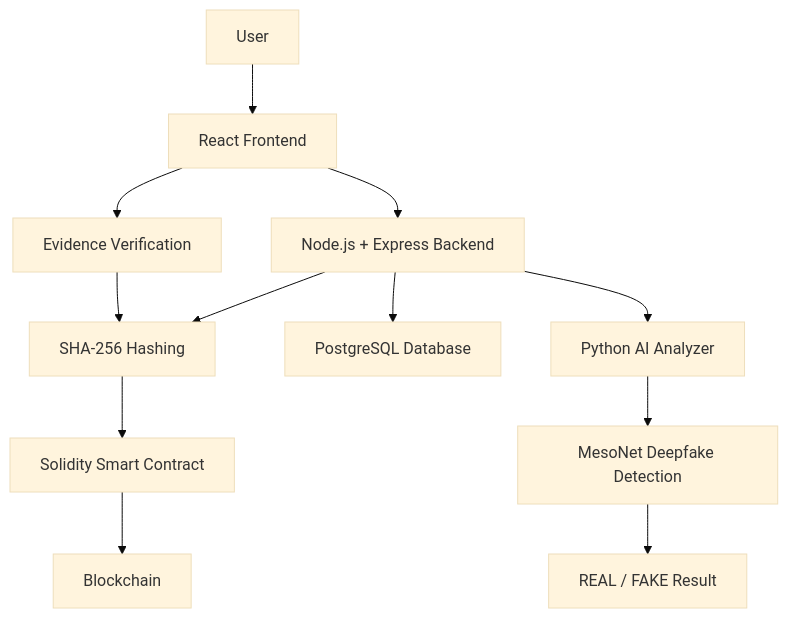
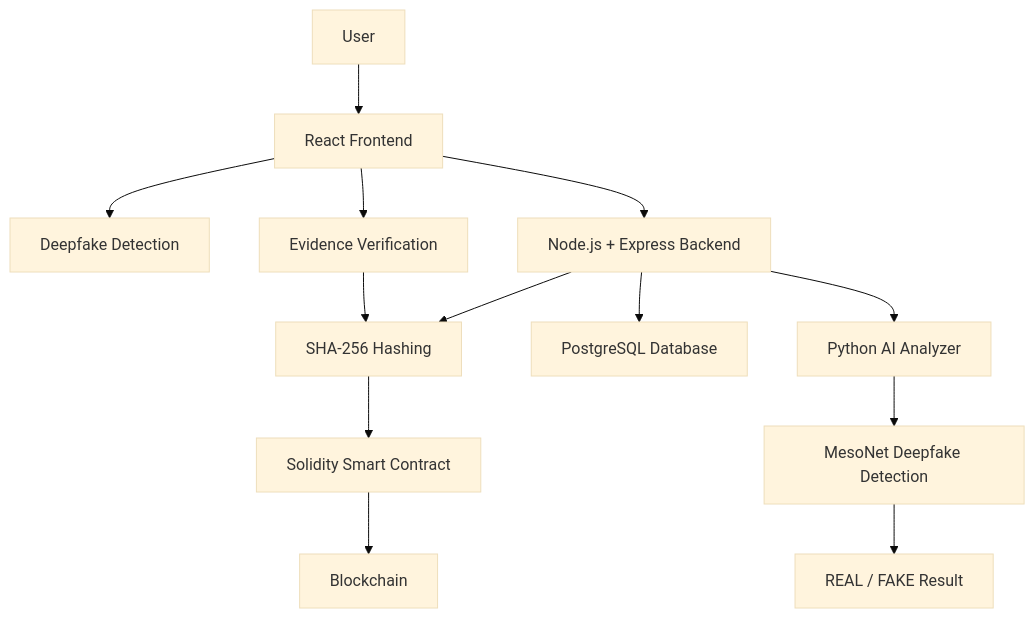
One commit to anand1-here/Attest.co changed the diagram in README.md. Above: the diagram before and after it, drawn with Mermaid (base theme).

````diff
--- a/README.md
+++ b/README.md
@@ -112,18 +112,20 @@
 ```mermaid
 flowchart TD
     A["User"] --> B["React Frontend"]
+
+    B --> L["Deepfake Detection"]
     B --> C["Node.js + Express Backend"]
+    B --> K["Evidence Verification"]
 
     C --> D["SHA-256 Hashing"]
     D --> E["Solidity Smart Contract"]
     E --> F["Blockchain"]
 
     C --> G["PostgreSQL Database"]
 
     C --> H["Python AI Analyzer"]
     H --> I["MesoNet Deepfake Detection"]
     I --> J["REAL / FAKE Result"]
 
-    B --> K["Evidence Verification"]
     K --> D
 ```
````
